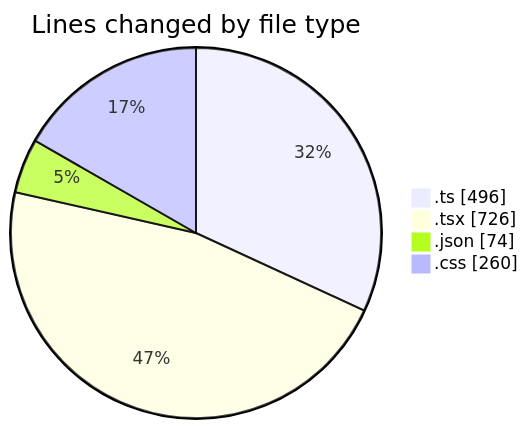
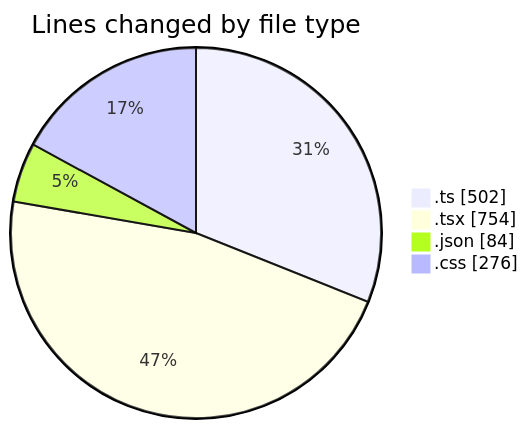
Before and after one commit to julien-gomy/code-tracking: the first of 2 diagrams in 2025-11-24/eventscop-frontend-guide__workspace_/README.md, drawn with Mermaid. The commit also changed other lines of this file and 1 other file, not shown here.

````diff
--- a/2025-11-24/eventscop-frontend-guide__workspace_/README.md
+++ b/2025-11-24/eventscop-frontend-guide__workspace_/README.md
@@ -41,8 +41,8 @@
 ```mermaid
 pie showData
 title Lines changed by file type
-".ts" : 496
-".tsx" : 726
-".json" : 74
-".css" : 260
+".ts" : 502
+".tsx" : 754
+".json" : 84
+".css" : 276
 ```
````
